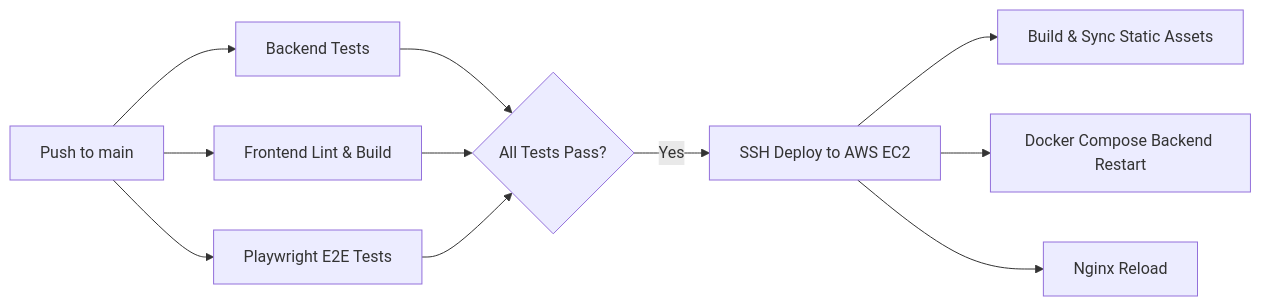
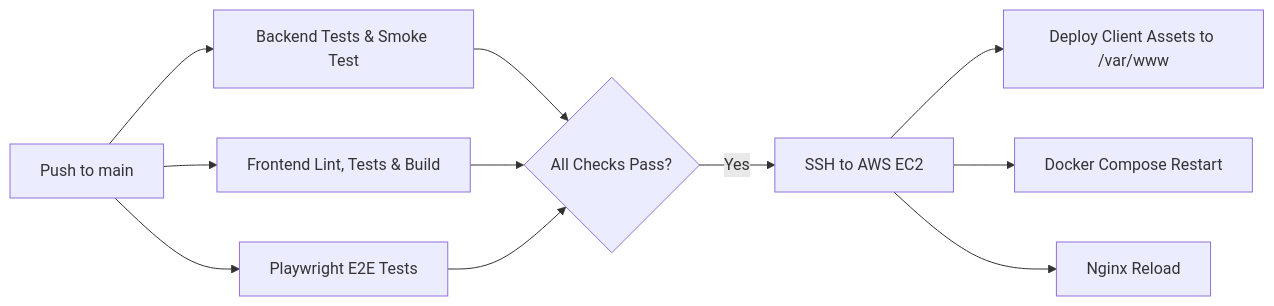
The diagram in README.md (BekmurodGofurov/meet-me), drawn with Mermaid before and after one commit. The commit also changed other lines of this file, not shown here.

````diff
--- a/README.md
+++ b/README.md
@@ -296,13 +330,13 @@
 ```mermaid
 flowchart LR
-    A["Push to main"] --> B["Backend Tests"]
-    A --> C["Frontend Lint & Build"]
+    A["Push to main"] --> B["Backend Tests & Smoke Test"]
+    A --> C["Frontend Lint, Tests & Build"]
     A --> D["Playwright E2E Tests"]
-    B --> E{"All Tests Pass?"}
+    B --> E{"All Checks Pass?"}
     C --> E
     D --> E
-    E -- Yes --> F["SSH Deploy to AWS EC2"]
-    F --> G["Build & Sync Static Assets"]
-    F --> H["Docker Compose Backend Restart"]
+    E -- Yes --> F["SSH to AWS EC2"]
+    F --> G["Deploy Client Assets to /var/www"]
+    F --> H["Docker Compose Restart"]
     F --> I["Nginx Reload"]
 ```
````
